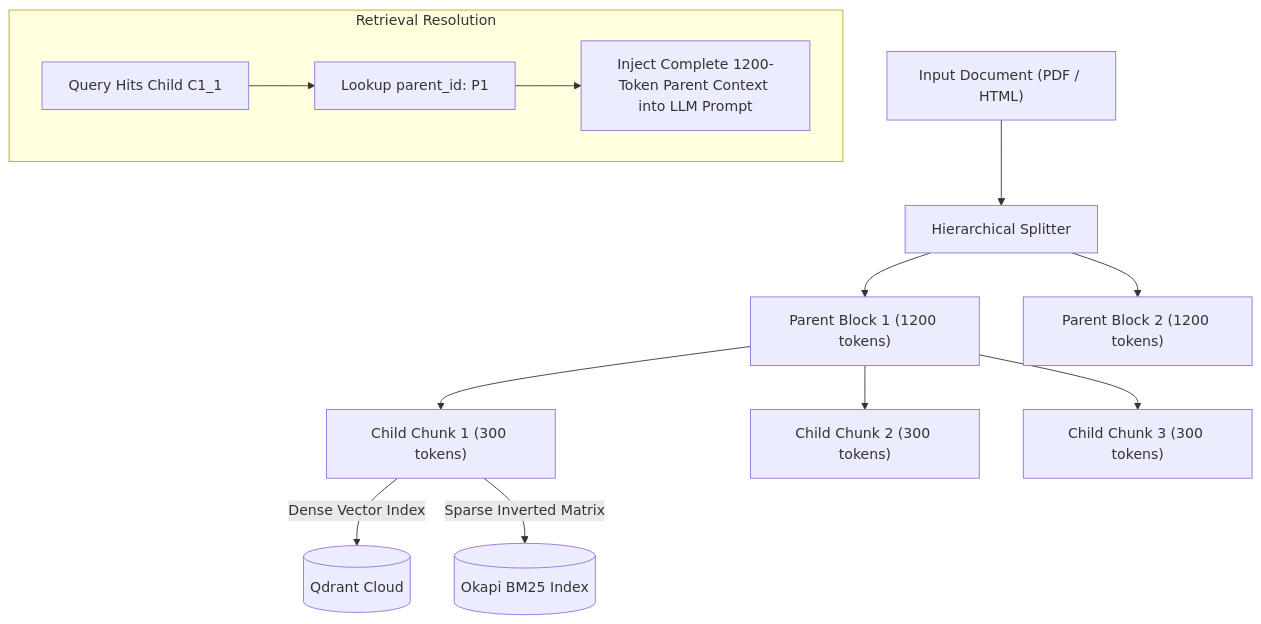
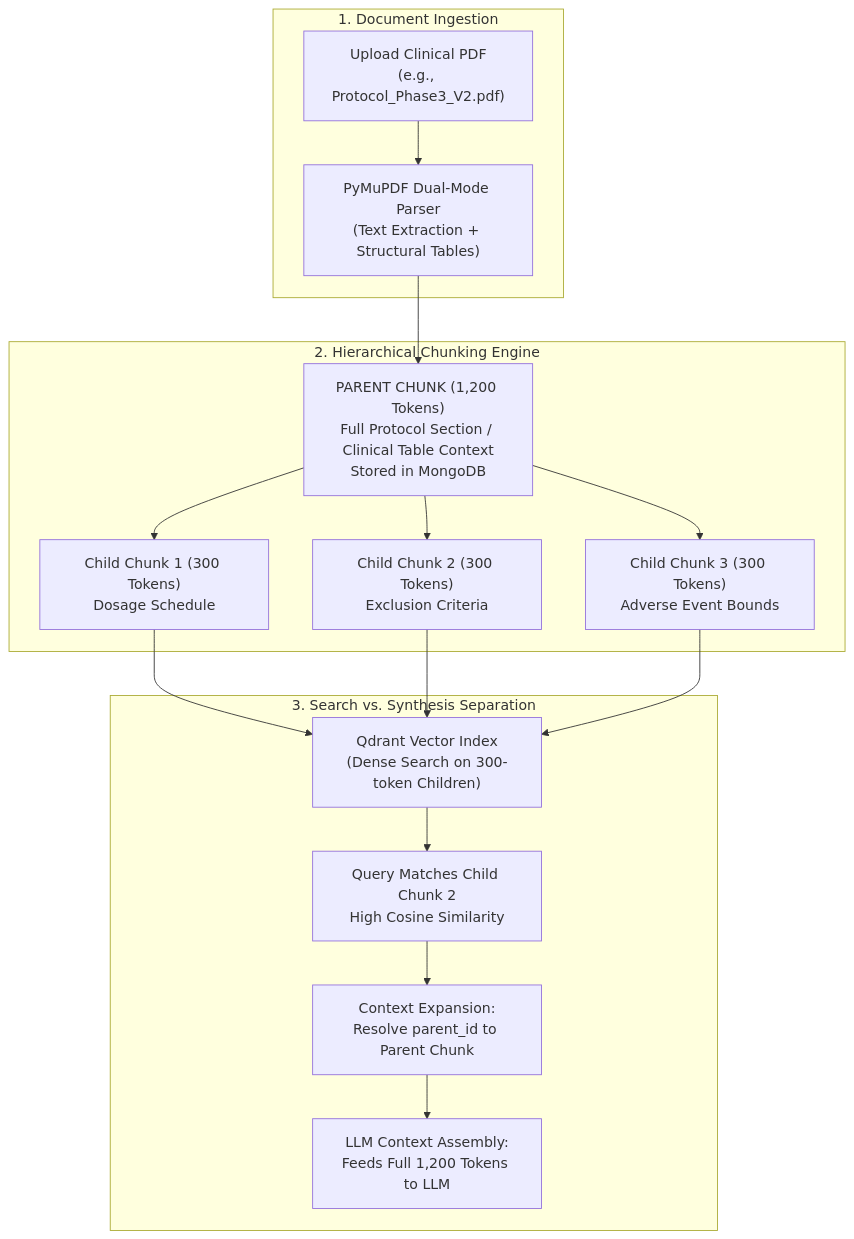
One commit to tejakarthik657/chat_doc changed the diagram in docs/07_INGESTION_PIPELINE_AND_PARENT_CHILD_CHUNKING.md. Above: the diagram before and after it, drawn with Mermaid. The commit also changed other lines of this file and 78 other files, not shown here.

Commit message:
feat(architecture): implement multi-tenant hospital identity and patient resolution architecture with HL7 FHIR v4, SMART OAuth, and MPI

````diff
--- a/docs/07_INGESTION_PIPELINE_AND_PARENT_CHILD_CHUNKING.md
+++ b/docs/07_INGESTION_PIPELINE_AND_PARENT_CHILD_CHUNKING.md
@@ -5,18 +22,34 @@
 ```mermaid
-graph TD
-    DOC["Input Document (PDF / HTML)"] --> SPLIT["Hierarchical Splitter"]
-    SPLIT --> P1["Parent Block 1 (1200 tokens)"]
-    SPLIT --> P2["Parent Block 2 (1200 tokens)"]
+flowchart TD
+    subgraph INTAKE["1. Document Ingestion"]
+        FILE["Upload Clinical PDF<br/>(e.g., Protocol_Phase3_V2.pdf)"]
+        PARSER["PyMuPDF Dual-Mode Parser<br/>(Text Extraction + Structural Tables)"]
+    end
 
-    P1 --> C1_1["Child Chunk 1 (300 tokens)"]
-    P1 --> C1_2["Child Chunk 2 (300 tokens)"]
-    P1 --> C1_3["Child Chunk 3 (300 tokens)"]
+    subgraph HIERARCHY["2. Hierarchical Chunking Engine"]
+        PARENT["PARENT CHUNK (1,200 Tokens)<br/>Full Protocol Section / Clinical Table Context<br/>Stored in MongoDB"]
+        CHILD_1["Child Chunk 1 (300 Tokens)<br/>Dosage Schedule"]
+        CHILD_2["Child Chunk 2 (300 Tokens)<br/>Exclusion Criteria"]
+        CHILD_3["Child Chunk 3 (300 Tokens)<br/>Adverse Event Bounds"]
+    end
 
-    C1_1 -->|Dense Vector Index| QDRANT[("Qdrant Cloud")]
-    C1_1 -->|Sparse Inverted Matrix| BM25[("Okapi BM25 Index")]
+    subgraph RETRIEVAL["3. Search vs. Synthesis Separation"]
+        INDEX["Qdrant Vector Index<br/>(Dense Search on 300-token Children)"]
+        MATCH["Query Matches Child Chunk 2<br/>High Cosine Similarity"]
+        EXPAND["Context Expansion:<br/>Resolve parent_id to Parent Chunk"]
+        LLM_CTX["LLM Context Assembly:<br/>Feeds Full 1,200 Tokens to LLM"]
+    end
 
-    subgraph RETRIEVAL["Retrieval Resolution"]
-        QUERY["Query Hits Child C1_1"] --> RESOLVE["Lookup parent_id: P1"]
-        RESOLVE --> PROMPT["Inject Complete 1200-Token Parent Context into LLM Prompt"]
-    end
+    FILE --> PARSER --> PARENT
+    PARENT --> CHILD_1
+    PARENT --> CHILD_2
+    PARENT --> CHILD_3
+
+    CHILD_1 --> INDEX
+    CHILD_2 --> INDEX
+    CHILD_3 --> INDEX
+
+    INDEX --> MATCH
+    MATCH --> EXPAND
+    EXPAND --> LLM_CTX
 ```
````
